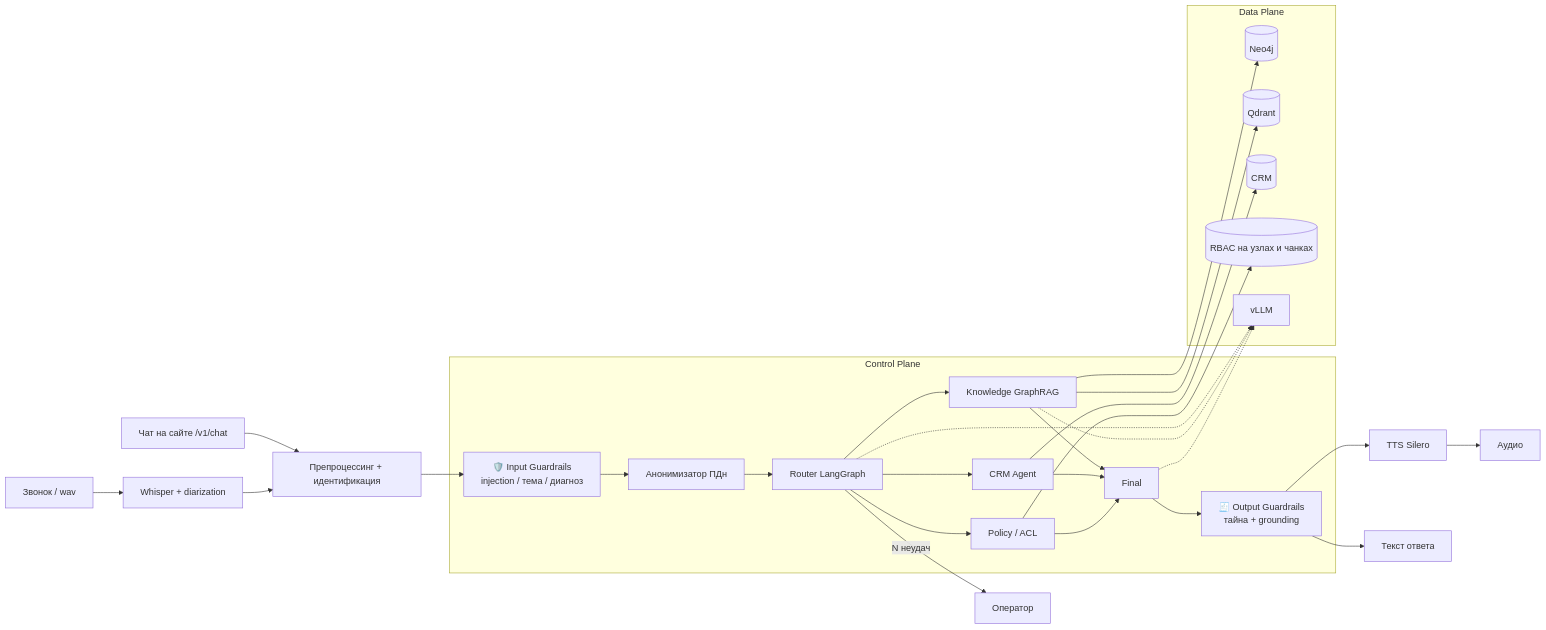
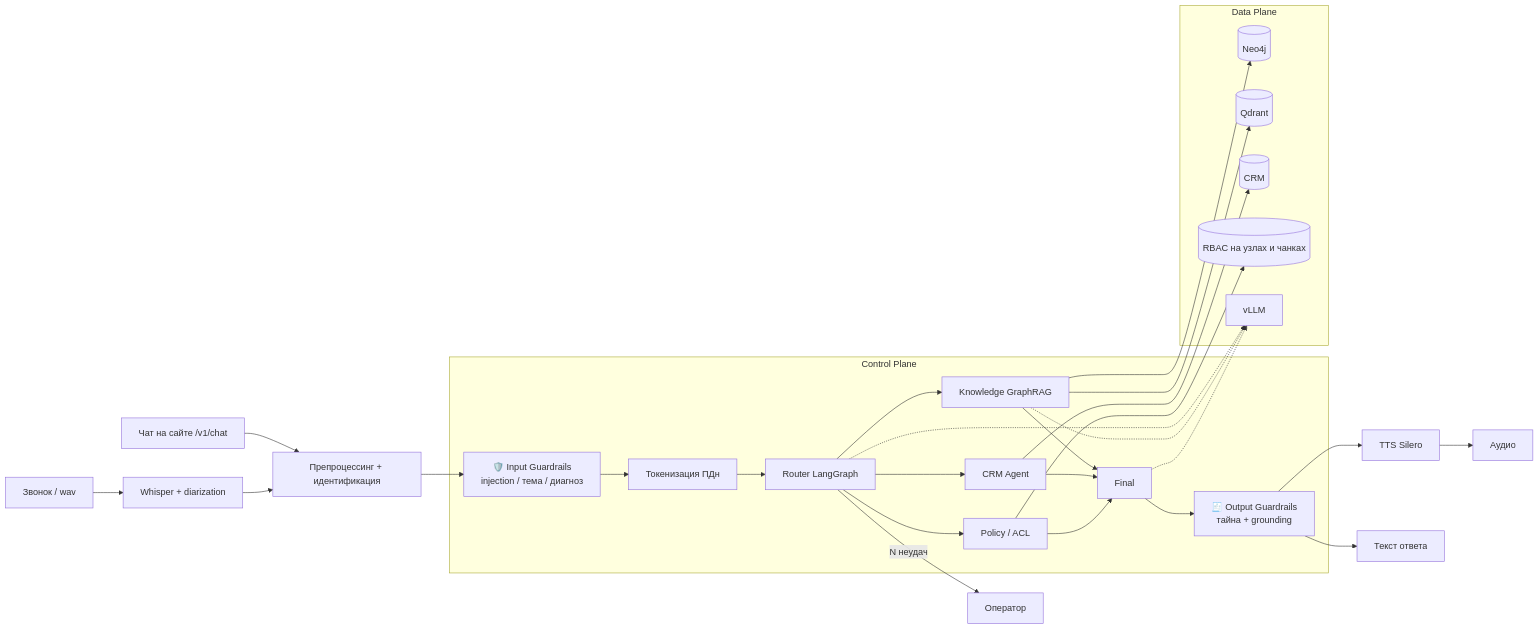
The fifth of 12 diagrams in final-project/README.md (divisee/otus-ai-architect), drawn with Mermaid before and after one commit. The commit also changed other lines of this file and 4 other files, not shown here.

First line of the commit message:
Proofread the deck: fix contradictions, explain every figure, prune stale glosses.

````diff
--- a/final-project/README.md
+++ b/final-project/README.md
@@ -513,50 +513,50 @@
 ```mermaid
 flowchart LR
     CALL[Звонок / wav] --> ASR[Whisper + diarization]
     TXT[Чат на сайте /v1/chat] --> PRE
     ASR --> PRE[Препроцессинг + идентификация]
     PRE --> IG[🛡️ Input Guardrails<br/>injection / тема / диагноз]
-    IG --> ANON[Анонимизатор ПДн]
+    IG --> ANON[Токенизация ПДн]
     ANON --> R[Router LangGraph]
 
     R --> K[Knowledge GraphRAG]
     R --> C[CRM Agent]
     R --> POL[Policy / ACL]
     R -->|N неудач| OP[Оператор]
 
     K --> G[(Neo4j)]
     K --> V[(Qdrant)]
     C --> CRM[(CRM)]
     POL --> ACL[(RBAC на узлах и чанках)]
 
     K --> F[Final]
     C --> F
     POL --> F
     F --> OG[🧾 Output Guardrails<br/>тайна + grounding]
     OG --> TTS[TTS Silero]
     OG --> OUT[Текст ответа]
     TTS --> AUDIO[Аудио]
 
     subgraph CP["Control Plane"]
         IG
         ANON
         R
         K
         C
         POL
         F
         OG
     end
 
     subgraph DP["Data Plane"]
         G
         V
         CRM
         ACL
         LLM[vLLM]
     end
 
     R -.-> LLM
     K -.-> LLM
     F -.-> LLM
 ```
````
